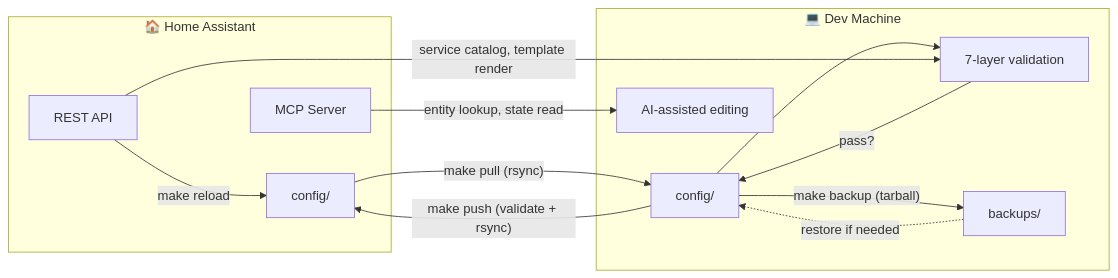
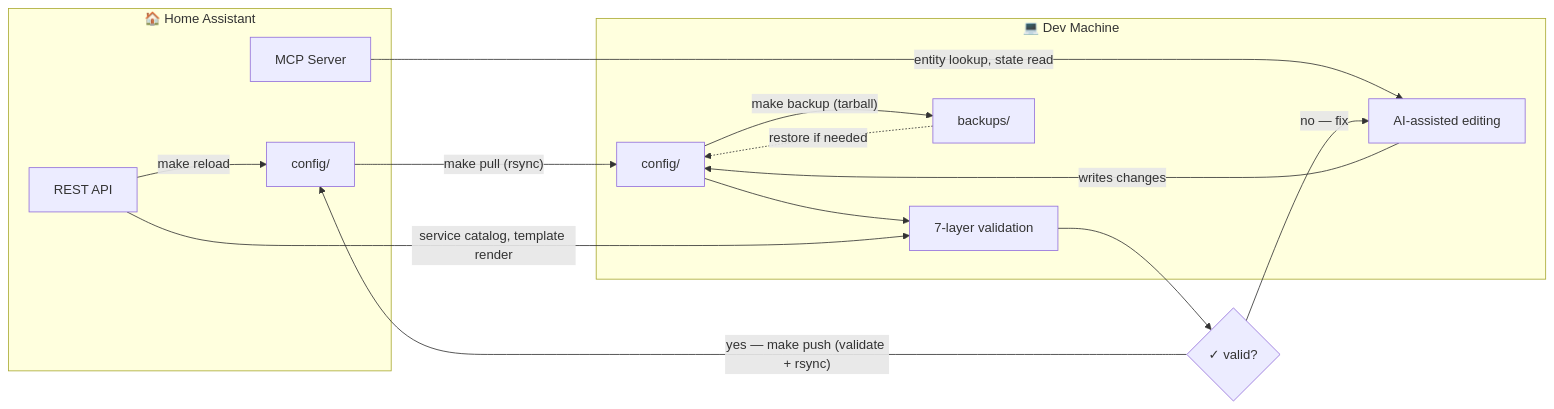
Before and after one commit to stephenwong/ai-homeassistant: the first of 4 diagrams in README.md, drawn with Mermaid. The commit also changed other lines of this file and 1 other file, not shown here.

First line of the commit message:
docs: fix flowchart errors and add 3 architecture diagrams

````diff
--- a/README.md
+++ b/README.md
@@ -20,30 +20,32 @@
 ```mermaid
 flowchart LR
     subgraph HA["🏠 Home Assistant"]
         ha_config["config/"]
         ha_api["REST API"]
         mcp["MCP Server"]
     end
 
     subgraph Dev["💻 Dev Machine"]
         local_config["config/"]
         validators["7-layer validation"]
         backups["backups/"]
         editor["AI-assisted editing"]
     end
 
     %% Pull flow
     ha_config -->|"make pull (rsync)"| local_config
     local_config -->|"make backup (tarball)"| backups
 
     %% Edit & Validate
     backups -.->|"restore if needed"| local_config
+    mcp -->|"entity lookup, state read"| editor
+    editor -->|"writes changes"| local_config
     local_config --> validators
-    mcp -->|"entity lookup, state read"| editor
     ha_api -->|"service catalog, template render"| validators
-    validators -->|"pass?"| local_config
+    validators --> valid{"✓ valid?"}
+    valid -->|"no — fix"| editor
 
     %% Push flow
-    local_config -->|"make push (validate + rsync)"| ha_config
+    valid -->|"yes — make push (validate + rsync)"| ha_config
     ha_api -->|"make reload"| ha_config
 ```
````
